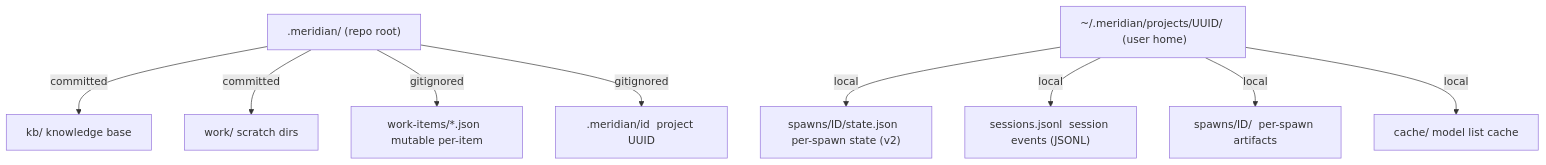
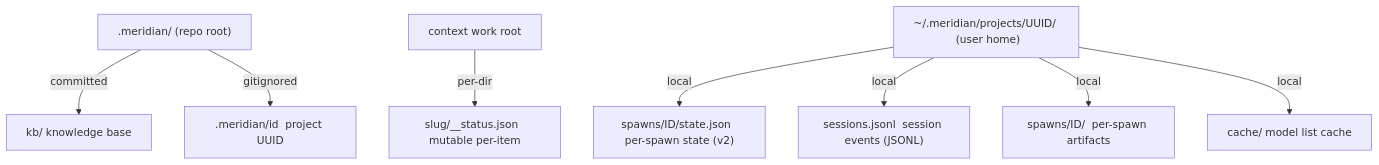
The diagram in kb/concepts/state-model.md (haowjy/meridian-cli-kb), drawn with Mermaid before and after one commit. The commit also changed other lines of this file and 19 other files, not shown here.

````diff
--- a/kb/concepts/state-model.md
+++ b/kb/concepts/state-model.md
@@ -14,12 +14,12 @@
 ```mermaid
 graph TD
     REPO[".meridian/  (repo root)"] -->|committed| KB["kb/  knowledge base"]
-    REPO -->|committed| WORK["work/  scratch dirs"]
-    REPO -->|gitignored| WORKITEMS["work-items/*.json  mutable per-item"]
     REPO -->|gitignored| ID[".meridian/id  project UUID"]
+
+    CTXWORK["context work root"] -->|per-dir| WORKITEMS["slug/__status.json  mutable per-item"]
 
     USER["~/.meridian/projects/UUID/  (user home)"] -->|local| SPAWNS["spawns/ID/state.json  per-spawn state (v2)"]
     USER -->|local| SESSIONS["sessions.jsonl  session events (JSONL)"]
     USER -->|local| ARTIFACTS["spawns/ID/  per-spawn artifacts"]
     USER -->|local| CACHE["cache/  model list cache"]
 ```
````
